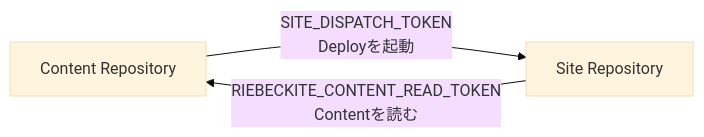
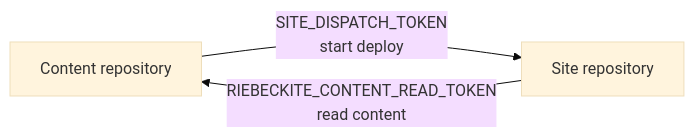
Before and after one commit to Rerurate514/riebeckite: the sixth of 10 diagrams in docs/docs/guides/content-repositories.md, drawn with Mermaid (base theme). The commit also changed other lines of this file and 604 other files, not shown here.

````diff
--- a/docs/docs/guides/content-repositories.md
+++ b/docs/docs/guides/content-repositories.md
@@ -607,8 +308,8 @@
 ```mermaid
 flowchart LR
-    Content["Content Repository"]
-    Site["Site Repository"]
+    Content["Content repository"]
+    Site["Site repository"]
 
-    Content -->|"SITE_DISPATCH_TOKEN<br/>Deployを起動"| Site
-    Site -->|"RIEBECKITE_CONTENT_READ_TOKEN<br/>Contentを読む"| Content
+    Content -->|"SITE_DISPATCH_TOKEN<br/>start deploy"| Site
+    Site -->|"RIEBECKITE_CONTENT_READ_TOKEN<br/>read content"| Content
 ```
````
